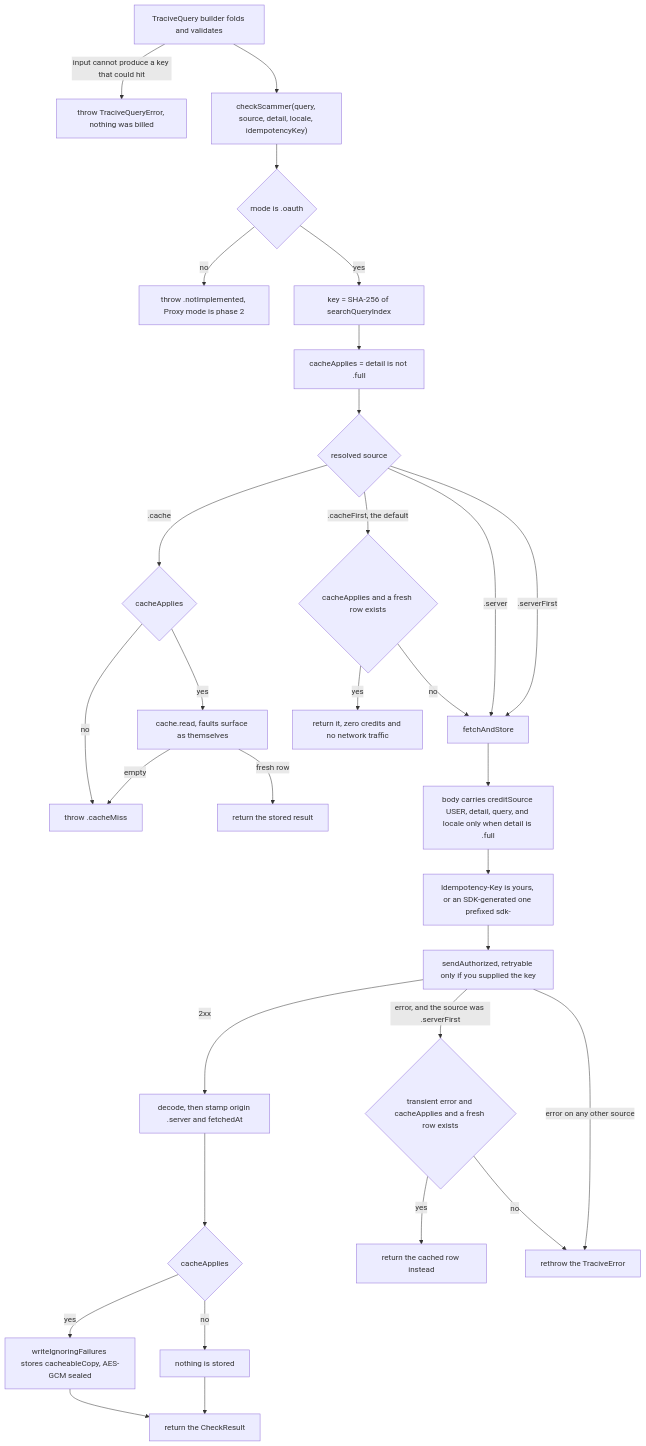
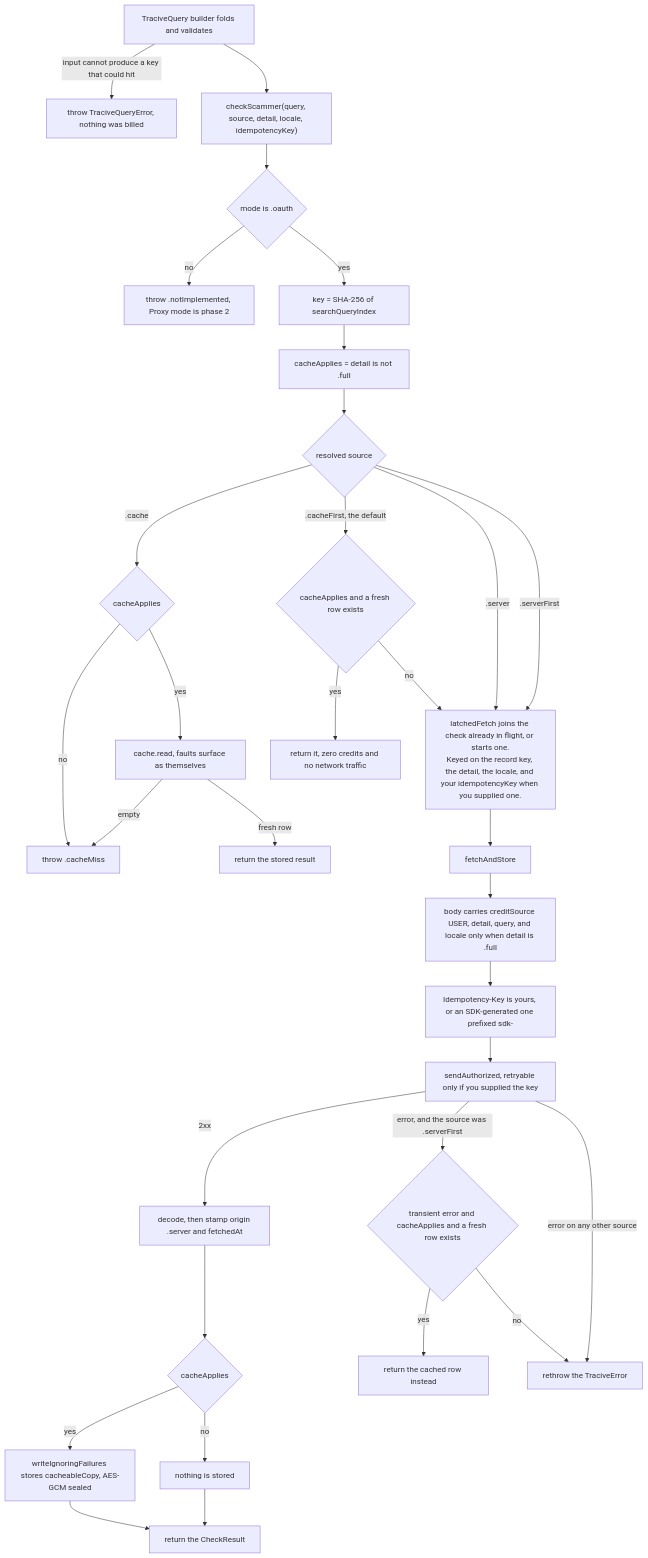
One commit to pleistocent/tracive-sdk-swift changed the fourth of 5 diagrams in Docs/architecture.md. Above: the diagram before and after it, drawn with Mermaid. The commit also changed other lines of this file and 1 other file, not shown here.

Commit message:
docs(architecture): show the check latch in section 4
The diagram went from the source switch to fetchAndStore, so latchedFetch —
the thing that stops a double-tapped button being billed twice — appeared only
in the source. React Native's diagram already had it.

Also corrects the scope note in latchedFetch: it named React Native as the
sibling that latches the network call alone, but Flutter does the same, and
Kotlin keeps the write inside the flight as this one does. Naming one of two
sends a reader who checks the other to a third conclusion.

````diff
--- a/Docs/architecture.md
+++ b/Docs/architecture.md
@@ -377,68 +383,70 @@
 ```mermaid
 flowchart TD
   Q["TraciveQuery builder folds and validates"]
   QE["throw TraciveQueryError, nothing was billed"]
   CS["checkScammer(query, source, detail, locale, idempotencyKey)"]
   PM{"mode is .oauth"}
   NI["throw .notImplemented, Proxy mode is phase 2"]
   KEY["key = SHA-256 of searchQueryIndex"]
   GATE["cacheApplies = detail is not .full"]
   SRC{"resolved source"}
 
   CO{"cacheApplies"}
   CMISS["throw .cacheMiss"]
   CR["cache.read, faults surface as themselves"]
   CHIT["return the stored result"]
 
   CF{"cacheApplies and a fresh row exists"}
   HIT["return it, zero credits and no network traffic"]
 
+  LATCH["latchedFetch joins the check already in flight, or starts one.<br/>Keyed on the record key, the detail, the locale, and your idempotencyKey when you supplied one."]
   F["fetchAndStore"]
   BODY["body carries creditSource USER, detail, query, and locale only when detail is .full"]
   IDK["Idempotency-Key is yours, or an SDK-generated one prefixed sdk-"]
   SEND["sendAuthorized, retryable only if you supplied the key"]
   DEC["decode, then stamp origin .server and fetchedAt"]
   WR{"cacheApplies"}
   WRITE["writeIgnoringFailures stores cacheableCopy, AES-GCM sealed"]
   SKIP["nothing is stored"]
   DONE["return the CheckResult"]
 
   SF{"transient error and cacheApplies and a fresh row exists"}
   FB["return the cached row instead"]
   THROW["rethrow the TraciveError"]
 
   Q -->|"input cannot produce a key that could hit"| QE
   Q --> CS
   CS --> PM
   PM -->|"no"| NI
   PM -->|"yes"| KEY
   KEY --> GATE
   GATE --> SRC
 
   SRC -->|".cache"| CO
   CO -->|"no"| CMISS
   CO -->|"yes"| CR
   CR -->|"empty"| CMISS
   CR -->|"fresh row"| CHIT
 
   SRC -->|".cacheFirst, the default"| CF
   CF -->|"yes"| HIT
-  CF -->|"no"| F
+  CF -->|"no"| LATCH
 
-  SRC -->|".server"| F
-  SRC -->|".serverFirst"| F
+  SRC -->|".server"| LATCH
+  SRC -->|".serverFirst"| LATCH
 
+  LATCH --> F
   F --> BODY
   BODY --> IDK
   IDK --> SEND
   SEND -->|"2xx"| DEC
   SEND -->|"error, and the source was .serverFirst"| SF
   SEND -->|"error on any other source"| THROW
   SF -->|"yes"| FB
   SF -->|"no"| THROW
   DEC --> WR
   WR -->|"yes"| WRITE
   WR -->|"no"| SKIP
   WRITE --> DONE
   SKIP --> DONE
 ```
````
